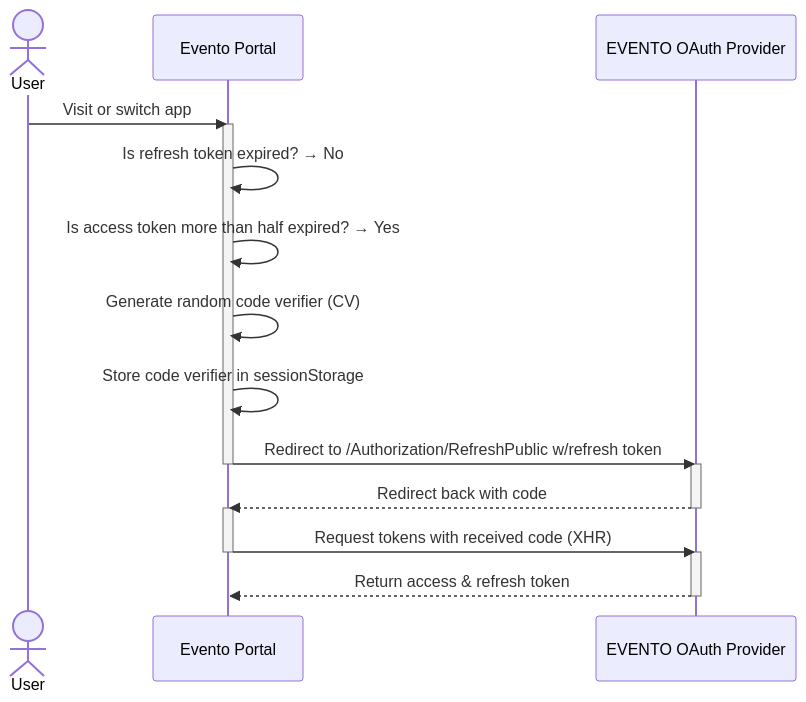
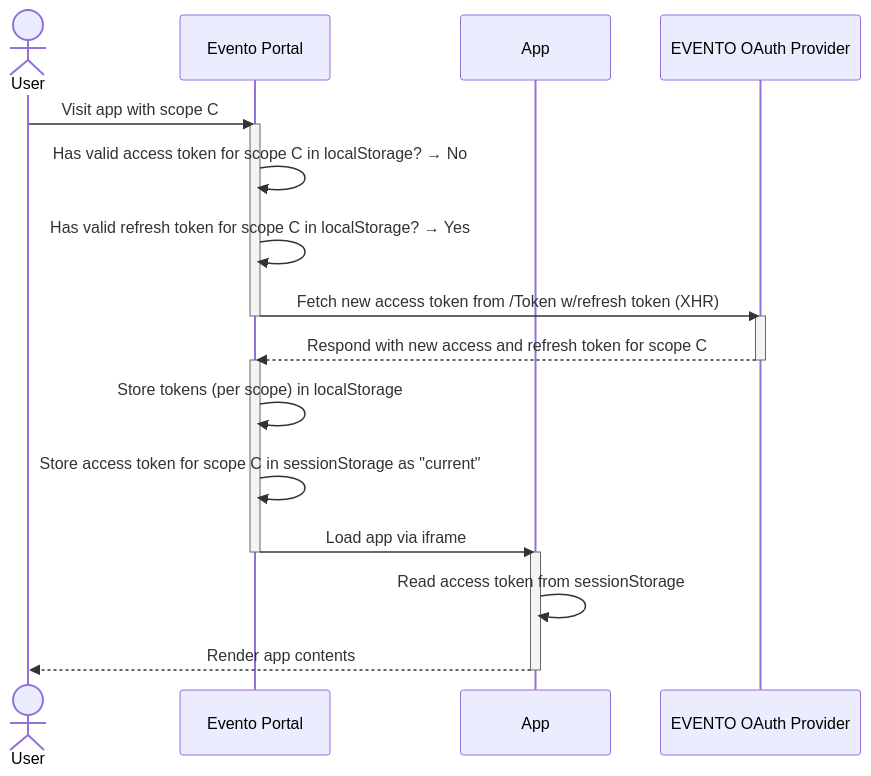
The fourth of 6 diagrams in doc/sad.md (bkd-mba-fbi/evento-portal), drawn with Mermaid before and after one commit. The commit also changed other lines of this file and 20 other files, not shown here.

````diff
--- a/doc/sad.md
+++ b/doc/sad.md
@@ -290,28 +302,30 @@
 ```mermaid
 sequenceDiagram
   actor user as User
   participant portal as Evento Portal
+  participant app as App
   participant oauth as EVENTO OAuth Provider
 
-  user ->> portal: Visit or switch app
+  user ->> portal: Visit app with scope C
 
   activate portal
-  portal ->> portal: Is refresh token expired? → No
-  portal ->> portal: Is access token more than half expired? → Yes
-  portal ->> portal: Generate random code verifier (CV)
-  portal ->> portal: Store code verifier in sessionStorage
-  portal ->> oauth: Redirect to /Authorization/RefreshPublic w/refresh token
+  portal ->> portal: Has valid access token for scope C in localStorage? → No
+  portal ->> portal: Has valid refresh token for scope C in localStorage? → Yes
+  portal ->> oauth:  Fetch new access token from /Token w/refresh token (XHR)
   deactivate portal
 
   activate oauth
-  oauth -->> portal: Redirect back with code
+  oauth -->> portal: Respond with new access and refresh token for scope C
   deactivate oauth
 
   activate portal
-  portal ->> oauth: Request tokens with received code (XHR)
+  portal ->> portal: Store tokens (per scope) in localStorage
+  portal ->> portal: Store access token for scope C in sessionStorage as "current"
+  portal ->> app: Load app via iframe
   deactivate portal
 
-  activate oauth
-  oauth -->> portal: Return access & refresh token
-  deactivate oauth
+  activate app
+  app ->> app: Read access token from sessionStorage
+  app -->> user: Render app contents
+  deactivate app
 ```
````
